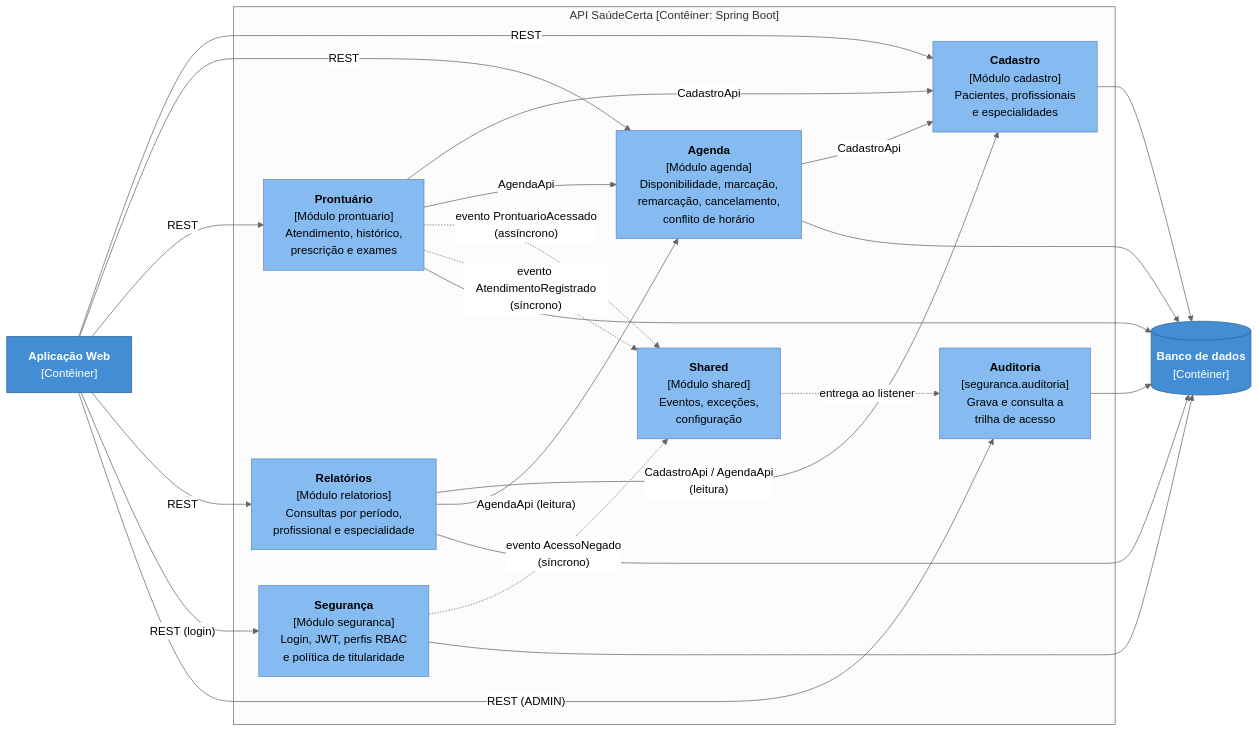
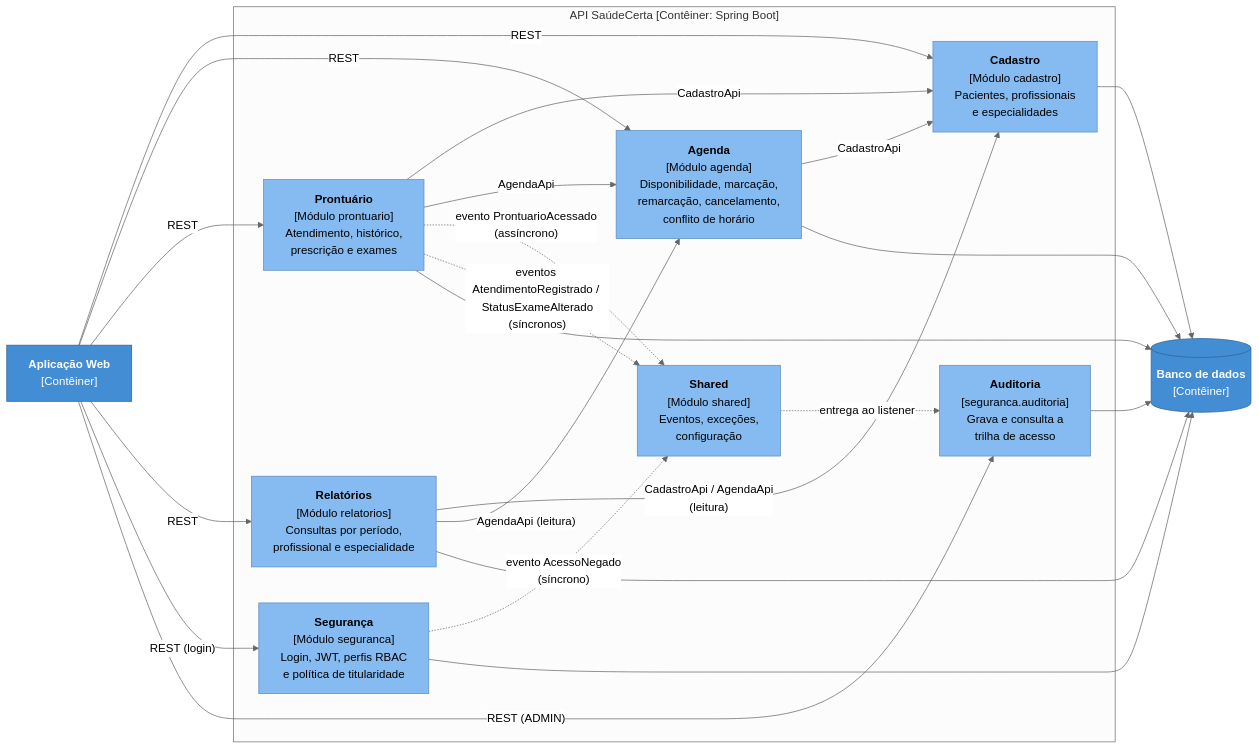
The third of 5 diagrams in docs/arquitetura.md (Dex057/equipe-02-saudecerta), drawn with Mermaid (neutral theme) before and after one commit. The commit also changed other lines of this file and 1 other file, not shown here.

Commit message:
E2: alinha evento StatusExameAlterado ao RF12

````diff
--- a/docs/arquitetura.md
+++ b/docs/arquitetura.md
@@ -103,46 +103,46 @@
 ```mermaid
 flowchart LR
     spa["<b>Aplicação Web</b><br/>[Contêiner]"]
 
     subgraph api["API SaúdeCerta [Contêiner: Spring Boot]"]
         cad["<b>Cadastro</b><br/>[Módulo cadastro]<br/>Pacientes, profissionais<br/>e especialidades"]
         age["<b>Agenda</b><br/>[Módulo agenda]<br/>Disponibilidade, marcação,<br/>remarcação, cancelamento,<br/>conflito de horário"]
         pro["<b>Prontuário</b><br/>[Módulo prontuario]<br/>Atendimento, histórico,<br/>prescrição e exames"]
         rel["<b>Relatórios</b><br/>[Módulo relatorios]<br/>Consultas por período,<br/>profissional e especialidade"]
         seg["<b>Segurança</b><br/>[Módulo seguranca]<br/>Login, JWT, perfis RBAC<br/>e política de titularidade"]
         aud["<b>Auditoria</b><br/>[seguranca.auditoria]<br/>Grava e consulta a<br/>trilha de acesso"]
         shr["<b>Shared</b><br/>[Módulo shared]<br/>Eventos, exceções,<br/>configuração"]
     end
 
     db[("<b>Banco de dados</b><br/>[Contêiner]")]
 
     spa -->|"REST"| cad
     spa -->|"REST"| age
     spa -->|"REST"| pro
     spa -->|"REST"| rel
     spa -->|"REST (login)"| seg
     spa -->|"REST (ADMIN)"| aud
 
     age -->|"CadastroApi"| cad
     pro -->|"CadastroApi"| cad
     pro -->|"AgendaApi"| age
     rel -->|"CadastroApi / AgendaApi<br/>(leitura)"| cad
     rel -->|"AgendaApi (leitura)"| age
 
     pro -.->|"evento ProntuarioAcessado<br/>(assíncrono)"| shr
-    pro -.->|"evento AtendimentoRegistrado<br/>(síncrono)"| shr
+    pro -.->|"eventos AtendimentoRegistrado / StatusExameAlterado<br/>(síncronos)"| shr
     seg -.->|"evento AcessoNegado<br/>(síncrono)"| shr
     shr -.->|"entrega ao listener"| aud
 
     cad --> db
     age --> db
     pro --> db
     rel --> db
     seg --> db
     aud --> db
 
     classDef container fill:#438dd5,stroke:#2e6295,color:#fff
     classDef comp fill:#85bbf0,stroke:#5d8cc0,color:#000
     class spa,db container
     class cad,age,pro,rel,seg,aud,shr comp
 ```
````
